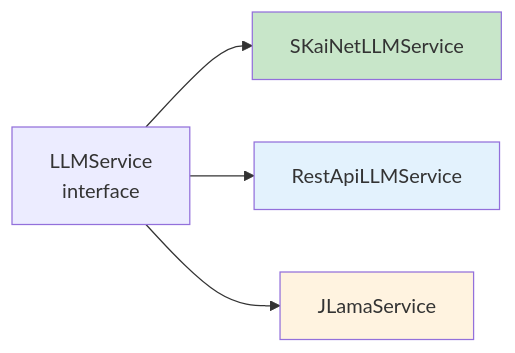
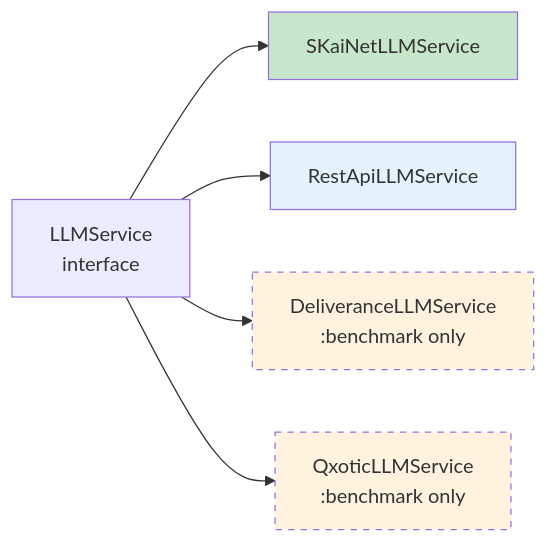
The second of 3 diagrams in docs/modules/architecture/pages/09-architecture-decisions.adoc (michalharakal/Daily-StandAPP), drawn with Mermaid before and after one commit. The commit also changed other lines of this file and 6 other files, not shown here.

First line of the commit message:
Remove dead JLama references; reserve glossary slots for Deliverance + qxotic

```diff
--- a/docs/modules/architecture/pages/09-architecture-decisions.adoc
+++ b/docs/modules/architecture/pages/09-architecture-decisions.adoc
@@ -103,11 +106,13 @@
 [mermaid]
 ----
 graph LR
     IFACE[LLMService<br/>interface] --> SKAINET[SKaiNetLLMService]
     IFACE --> REST[RestApiLLMService]
-    IFACE --> JLAMA[JLamaService]
+    IFACE --> DELIVERANCE[DeliveranceLLMService<br/>:benchmark only]
+    IFACE --> QXOTIC[QxoticLLMService<br/>:benchmark only]
 
     style SKAINET fill:#c8e6c9
     style REST fill:#e3f2fd
-    style JLAMA fill:#fff3e0
+    style DELIVERANCE fill:#fff3e0,stroke-dasharray: 5 5
+    style QXOTIC fill:#fff3e0,stroke-dasharray: 5 5
 ----
```
